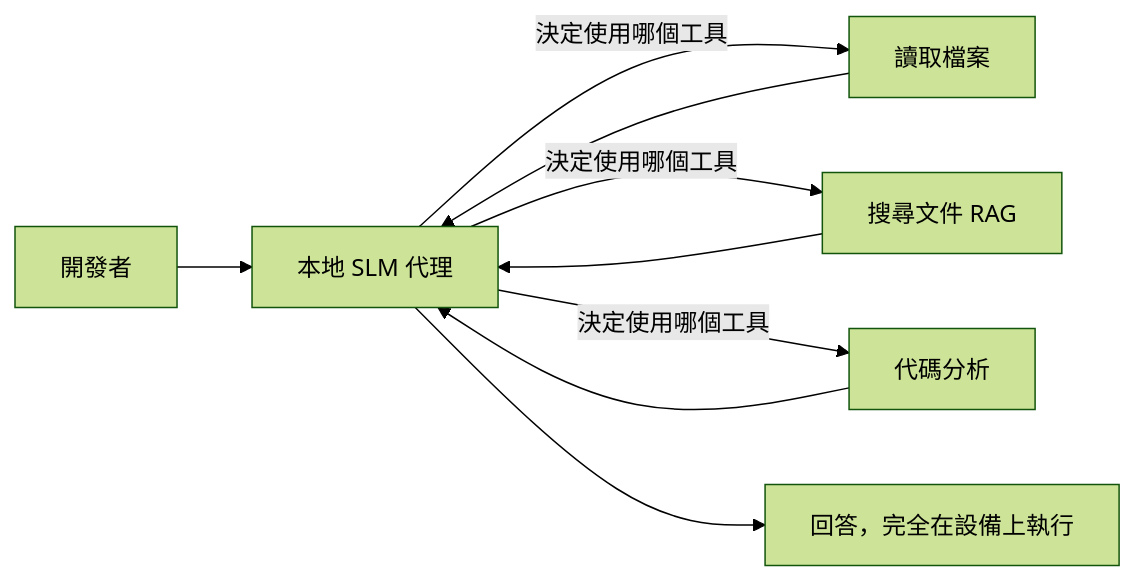
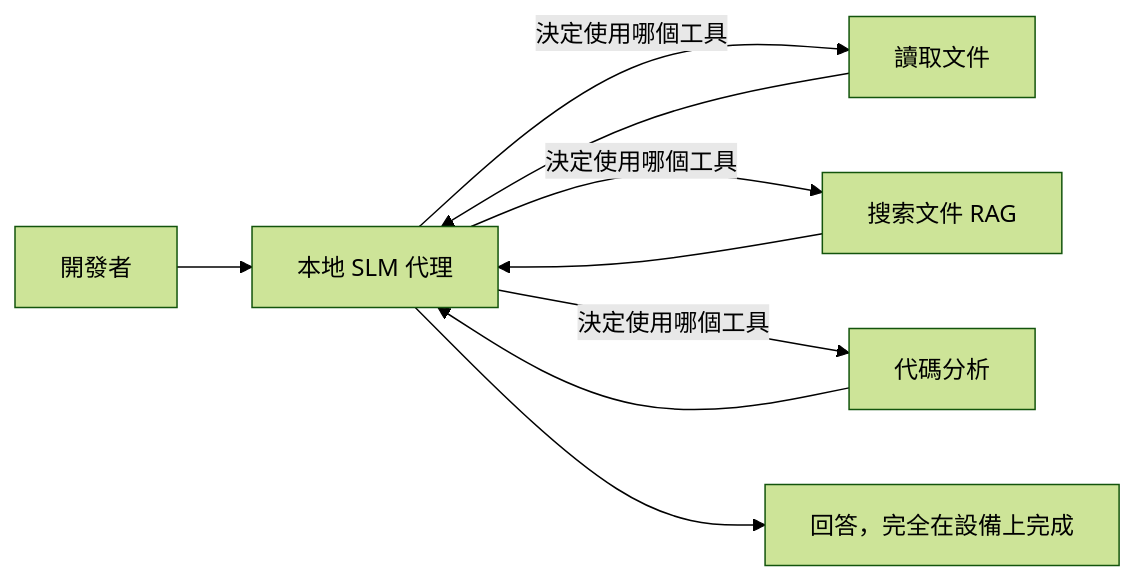
One commit to gabrielmoreira/agent-skills-mirror changed the first of 4 diagrams in mirrors/repos/microsoft@ai-agents-for-beginners/translations/zh-HK/17-creating-local-ai-agents/README.md. Above: the diagram before and after it, drawn with Mermaid (forest theme). The commit also changed other lines of this file and 4262 other files, not shown here.

````diff
--- a/mirrors/repos/microsoft@ai-agents-for-beginners/translations/zh-HK/17-creating-local-ai-agents/README.md
+++ b/mirrors/repos/microsoft@ai-agents-for-beginners/translations/zh-HK/17-creating-local-ai-agents/README.md
@@ -66,11 +66,11 @@
 ```mermaid
 flowchart LR
     U[開發者] --> A[本地 SLM 代理]
-    A -->|決定使用哪個工具| T1[讀取檔案]
-    A -->|決定使用哪個工具| T2[搜尋文件 RAG]
+    A -->|決定使用哪個工具| T1[讀取文件]
+    A -->|決定使用哪個工具| T2[搜索文件 RAG]
     A -->|決定使用哪個工具| T3[代碼分析]
     T1 --> A
     T2 --> A
     T3 --> A
-    A --> R[回答，完全在設備上執行]
+    A --> R[回答，完全在設備上完成]
 ```
````
